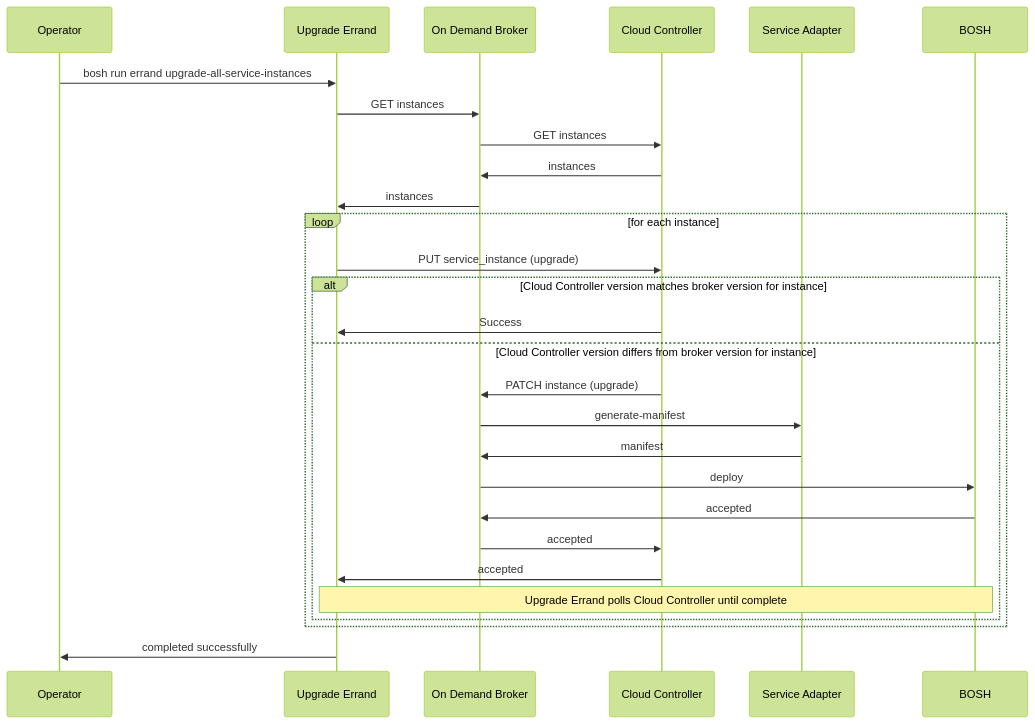
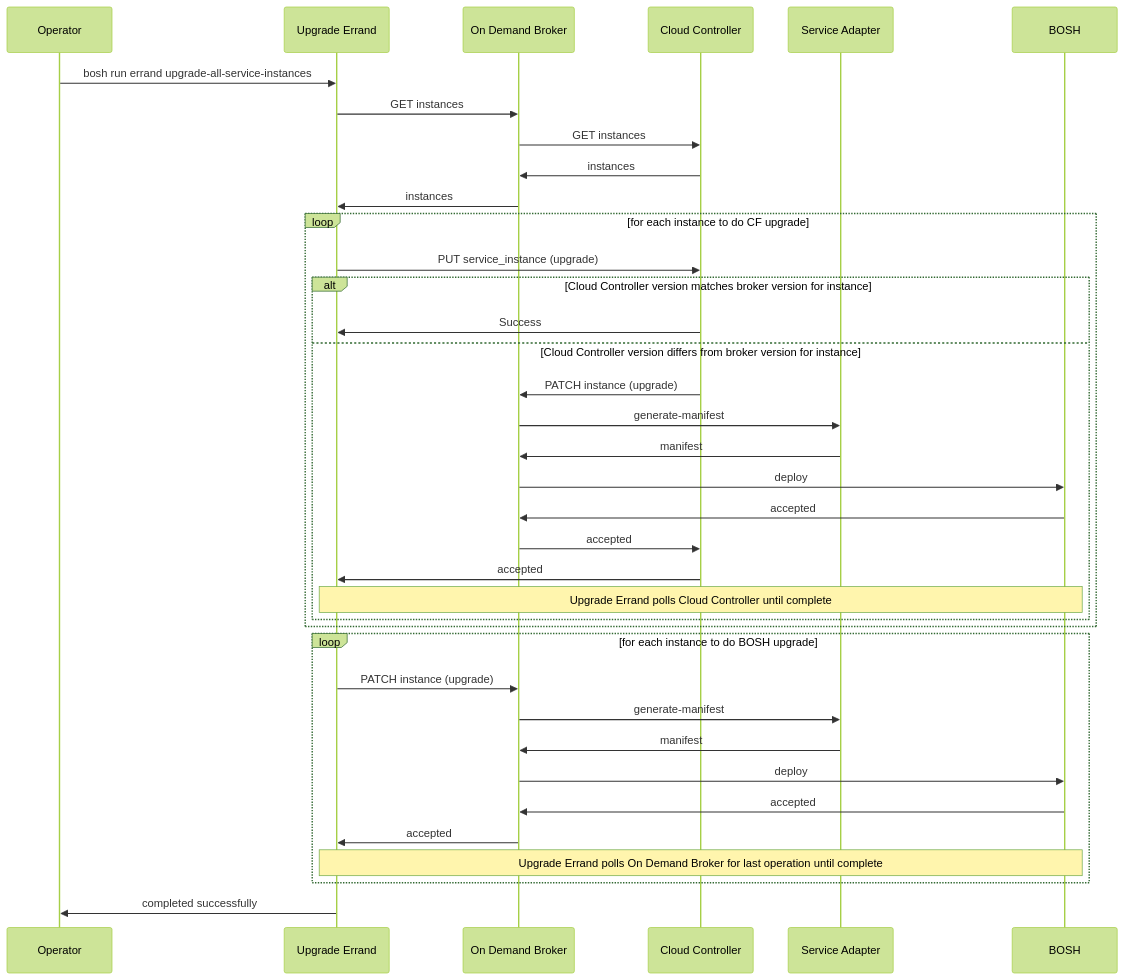
The diagram in mmd/upgrade_all_instances_with_maintenance_info_workflow.mmd (pivotal-cf/docs-on-demand-service-broker), drawn with Mermaid (forest theme) before and after one commit. The commit also changed 2 other files, not shown here.

Commit message:
Add release notes for 0.34.0

```diff
--- a/mmd/upgrade_all_instances_with_maintenance_info_workflow.mmd
+++ b/mmd/upgrade_all_instances_with_maintenance_info_workflow.mmd
@@ -1,24 +1,33 @@
 <div class="mermaid">
 sequenceDiagram
   Operator->>Upgrade Errand:bosh run errand upgrade-all-service-instances
   Upgrade Errand->>On Demand Broker:GET instances
   On Demand Broker->>Cloud Controller:GET instances
   Cloud Controller->>On Demand Broker:instances
   On Demand Broker->>Upgrade Errand:instances
-  loop for each instance
+  loop for each instance to do CF upgrade
     Upgrade Errand->>Cloud Controller: PUT service_instance (upgrade)
     alt Cloud Controller version matches broker version for instance
       Cloud Controller->>Upgrade Errand: Success
     else Cloud Controller version differs from broker version for instance
       Cloud Controller->>On Demand Broker: PATCH instance (upgrade)
       On Demand Broker->>Service Adapter: generate-manifest
       Service Adapter->>On Demand Broker: manifest
       On Demand Broker->>BOSH: deploy
       BOSH->>On Demand Broker: accepted
       On Demand Broker->>Cloud Controller: accepted
       Cloud Controller->>Upgrade Errand: accepted
       Note over Upgrade Errand,BOSH: Upgrade Errand polls Cloud Controller until complete
     end
   end
+  loop for each instance to do BOSH upgrade
+    Upgrade Errand->>On Demand Broker: PATCH instance (upgrade)
+    On Demand Broker->>Service Adapter: generate-manifest
+    Service Adapter->>On Demand Broker: manifest
+    On Demand Broker->>BOSH: deploy
+    BOSH->>On Demand Broker: accepted
+    On Demand Broker->>Upgrade Errand: accepted
+    Note over Upgrade Errand,BOSH: Upgrade Errand polls On Demand Broker for last operation until complete
+  end
   Upgrade Errand->>Operator:completed successfully
 </div>
```
